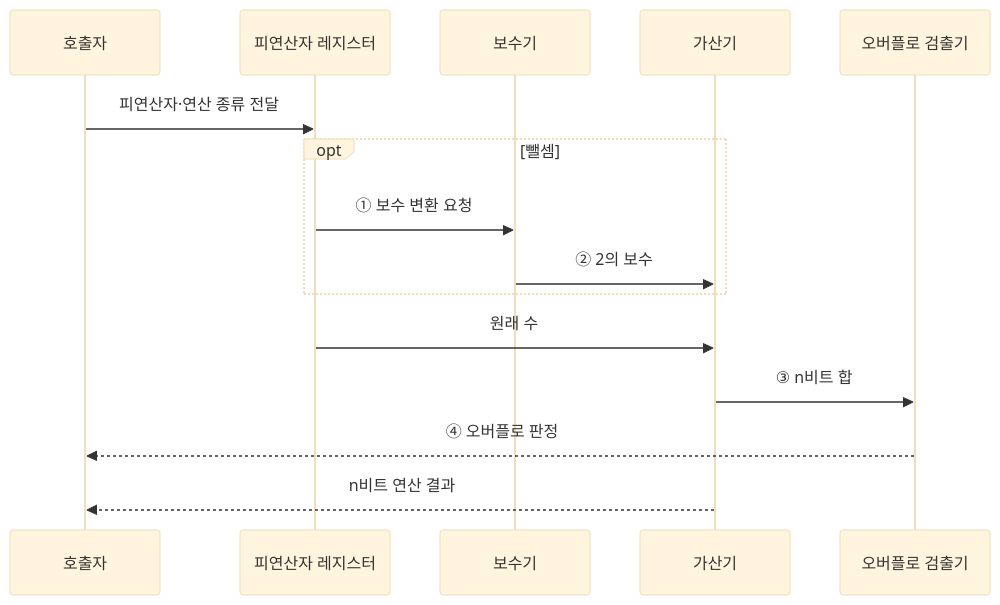
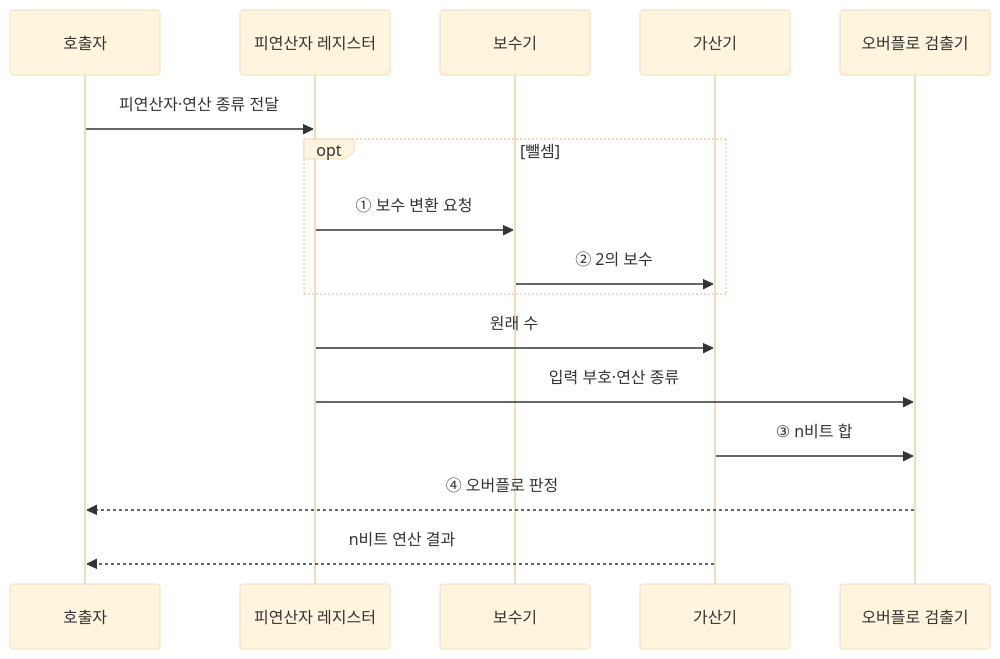
One commit to agnusdei1207/knowledge-base changed the second of 2 diagrams in src/content/docs/notes/01-basic-theory/024_twos_complement.md. Above: the diagram before and after it, drawn with Mermaid (base theme). The commit also changed other lines of this file and 20 other files, not shown here.

````diff
--- a/src/content/docs/notes/01-basic-theory/024_twos_complement.md
+++ b/src/content/docs/notes/01-basic-theory/024_twos_complement.md
@@ -79,17 +80,18 @@
 ```mermaid
 sequenceDiagram
     participant Q as 호출자
     participant R as 피연산자 레지스터
     participant C as 보수기
     participant A as 가산기
     participant V as 오버플로 검출기
     Q->>R: 피연산자·연산 종류 전달
     opt 뺄셈
         R->>C: ① 보수 변환 요청
         C->>A: ② 2의 보수
     end
     R->>A: 원래 수
+    R->>V: 입력 부호·연산 종류
     A->>V: ③ n비트 합
     V-->>Q: ④ 오버플로 판정
     A-->>Q: n비트 연산 결과
 ```
````
